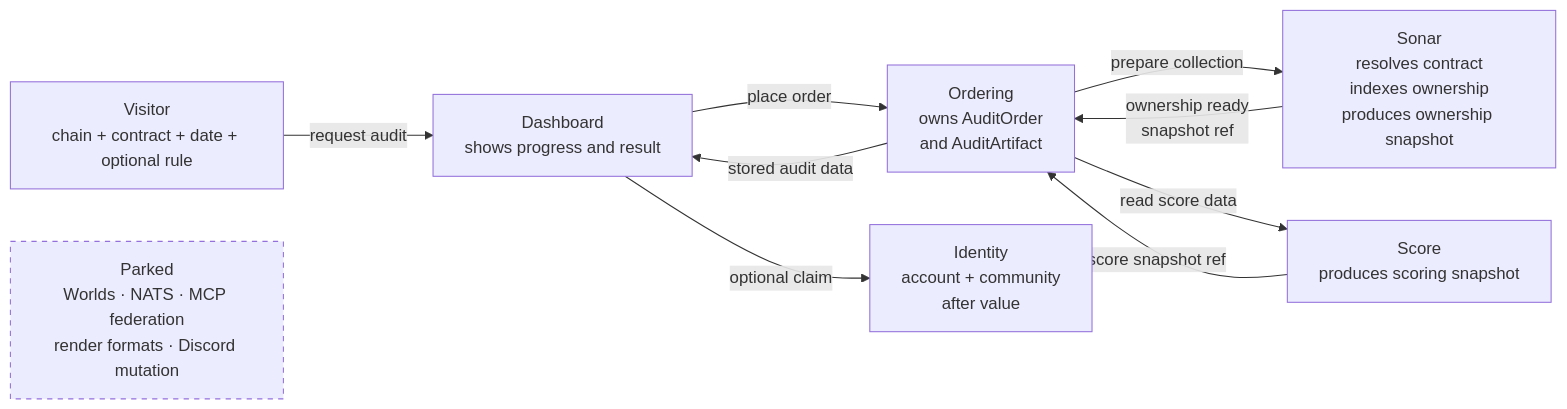
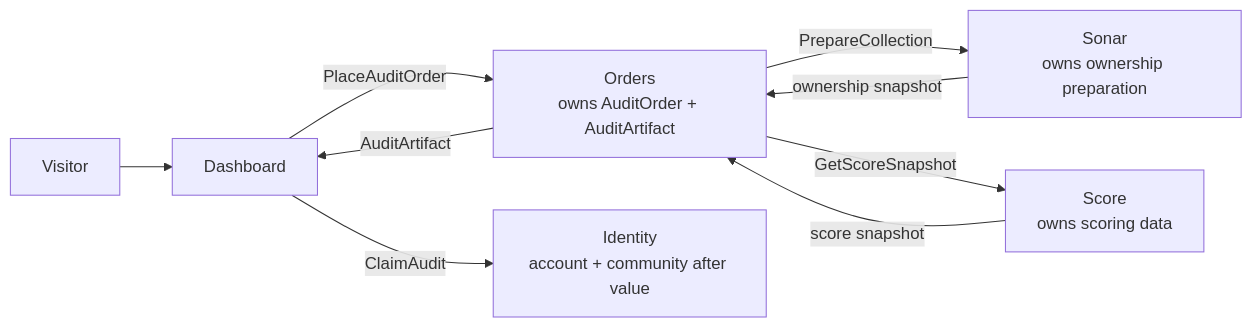
Before and after one commit to 0xHoneyJar/freeside-blueprint: the diagram in SYSTEM.md, drawn with Mermaid. The commit also changed other lines of this file, not shown here.

Commit message:
Tighten SYSTEM diagram to Orders ownership and named seams.

````diff
--- a/SYSTEM.md
+++ b/SYSTEM.md
@@ -14,31 +14,18 @@
 ```mermaid
 flowchart LR
-    U[Visitor<br/>chain + contract + date + optional rule]
+    U[Visitor]
+    D[Dashboard]
+    O[Orders<br/>owns AuditOrder + AuditArtifact]
+    S[Sonar<br/>owns ownership preparation]
+    C[Score<br/>owns scoring data]
+    I[Identity<br/>account + community after value]
 
-    D[Dashboard<br/>shows progress and result]
-
-    O[Ordering<br/>owns AuditOrder<br/>and AuditArtifact]
-
-    S[Sonar<br/>resolves contract<br/>indexes ownership<br/>produces ownership snapshot]
-
-    C[Score<br/>produces scoring snapshot]
-
-    I[Identity<br/>account + community<br/>after value]
-
-    U -->|request audit| D
-    D -->|place order| O
-
-    O -->|prepare collection| S
-    S -->|ownership ready<br/>snapshot ref| O
-
-    O -->|read score data| C
-    C -->|score snapshot ref| O
-
-    O -->|stored audit data| D
-    D -->|optional claim| I
-
-    W[Parked<br/>Worlds · NATS · MCP federation<br/>render formats · Discord mutation]
-
-    classDef parked stroke-dasharray: 5 5;
-    class W parked;
+    U --> D
+    D -->|PlaceAuditOrder| O
+    O -->|PrepareCollection| S
+    S -->|ownership snapshot| O
+    O -->|GetScoreSnapshot| C
+    C -->|score snapshot| O
+    O -->|AuditArtifact| D
+    D -->|ClaimAudit| I
 ```
````
